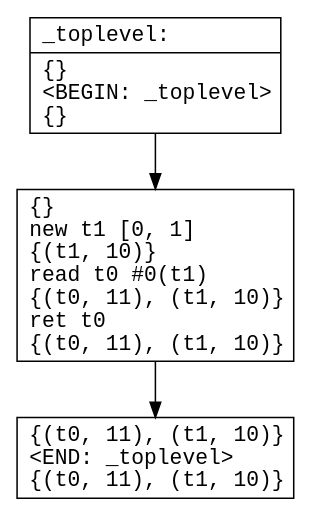
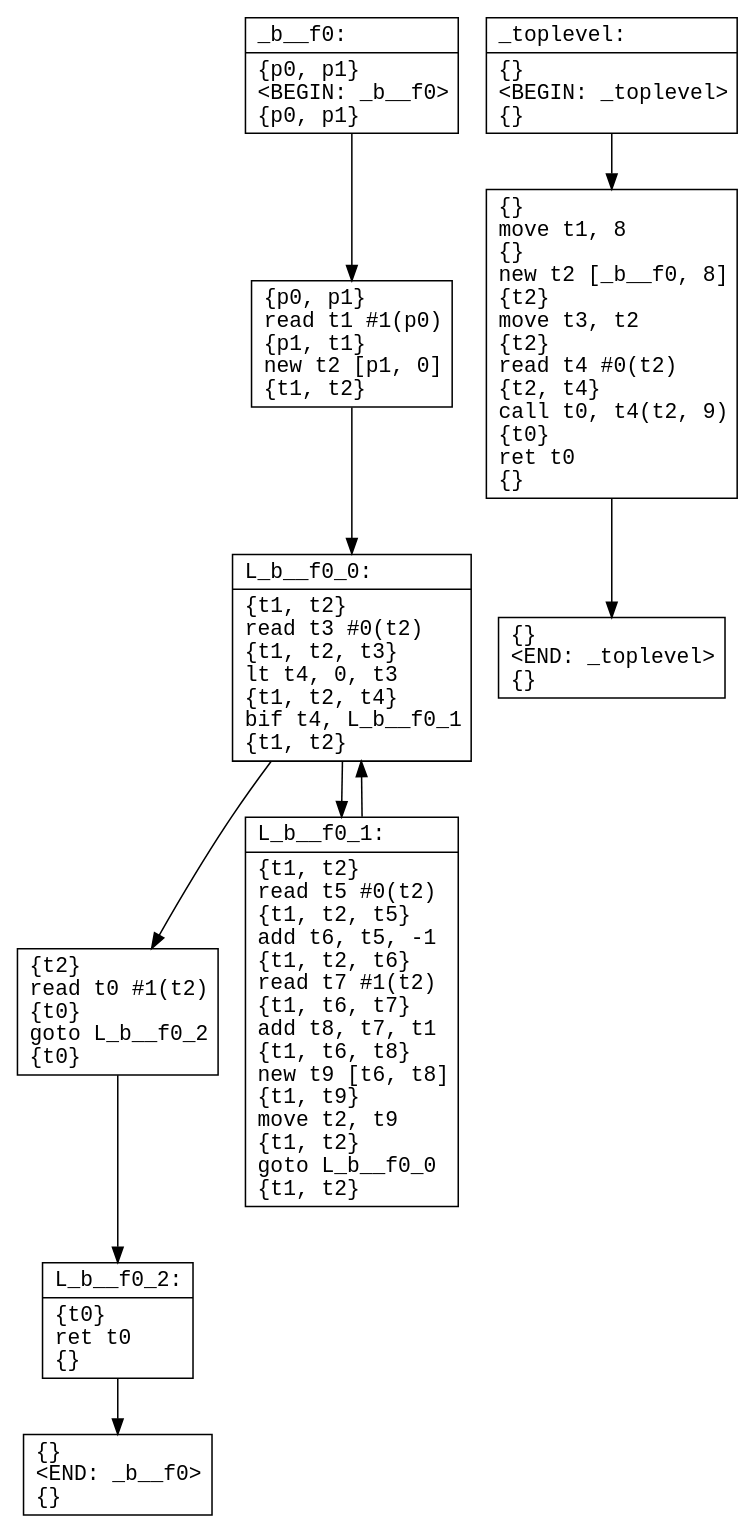
One commit to ore-puzzle/le4com changed the diagram in code/cfg_tmp.dot. Above: the diagram before and after it, drawn with Graphviz. The commit also changed 4 other files, not shown here.

```diff
--- a/code/cfg_tmp.dot
+++ b/code/cfg_tmp.dot
@@ -1,9 +1,25 @@
 digraph CFG {
   node [shape=record fontname="courier"]
+  _b__f00 [label="{_b__f0:\l|\{p0, p1\}\l\<BEGIN: _b__f0\>\l\{p0, p1\}\l}"];
+  _b__f01 [label="{\{p0, p1\}\lread  t1 #1(p0)\l\{p1, t1\}\lnew  t2 [p1, 0]\l\{t1, t2\}\l}"];
+  _b__f02 [label="{L_b__f0_0:\l|\{t1, t2\}\lread  t3 #0(t2)\l\{t1, t2, t3\}\llt  t4, 0, t3\l\{t1, t2, t4\}\lbif  t4, L_b__f0_1\l\{t1, t2\}\l}"];
+  _b__f03 [label="{\{t2\}\lread  t0 #1(t2)\l\{t0\}\lgoto  L_b__f0_2\l\{t0\}\l}"];
+  _b__f04 [label="{L_b__f0_1:\l|\{t1, t2\}\lread  t5 #0(t2)\l\{t1, t2, t5\}\ladd  t6, t5, -1\l\{t1, t2, t6\}\lread  t7 #1(t2)\l\{t1, t6, t7\}\ladd  t8, t7, t1\l\{t1, t6, t8\}\lnew  t9 [t6, t8]\l\{t1, t9\}\lmove  t2, t9\l\{t1, t2\}\lgoto  L_b__f0_0\l\{t1, t2\}\l}"];
+  _b__f05 [label="{L_b__f0_2:\l|\{t0\}\lret  t0\l\{\}\l}"];
+  _b__f06 [label="{\{\}\l\<END: _b__f0\>\l\{\}\l}"];
+
+  _b__f00 -> _b__f01
+  _b__f01 -> _b__f02
+  _b__f02 -> _b__f04
+  _b__f02 -> _b__f03
+  _b__f03 -> _b__f05
+  _b__f04 -> _b__f02
+  _b__f05 -> _b__f06
+  
   _toplevel0 [label="{_toplevel:\l|\{\}\l\<BEGIN: _toplevel\>\l\{\}\l}"];
-  _toplevel1 [label="{\{\}\lnew  t1 [0, 1]\l\{(t1, 10)\}\lread  t0 #0(t1)\l\{(t0, 11), (t1, 10)\}\lret  t0\l\{(t0, 11), (t1, 10)\}\l}"];
-  _toplevel2 [label="{\{(t0, 11), (t1, 10)\}\l\<END: _toplevel\>\l\{(t0, 11), (t1, 10)\}\l}"];
+  _toplevel1 [label="{\{\}\lmove  t1, 8\l\{\}\lnew  t2 [_b__f0, 8]\l\{t2\}\lmove  t3, t2\l\{t2\}\lread  t4 #0(t2)\l\{t2, t4\}\lcall  t0, t4(t2, 9)\l\{t0\}\lret  t0\l\{\}\l}"];
+  _toplevel2 [label="{\{\}\l\<END: _toplevel\>\l\{\}\l}"];
 
   _toplevel0 -> _toplevel1
   _toplevel1 -> _toplevel2
   }
```
